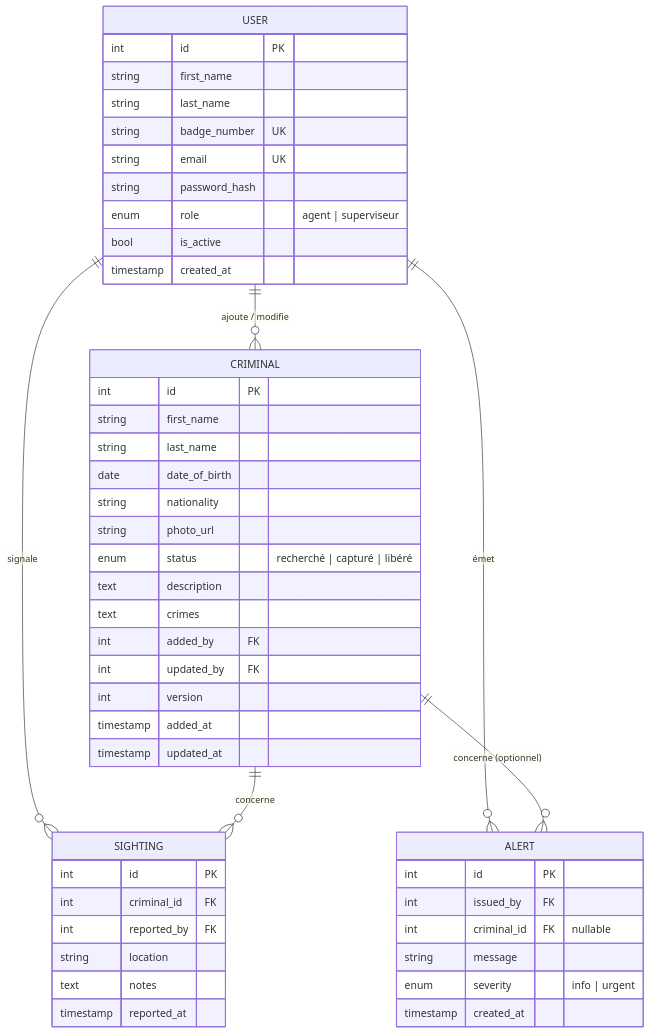
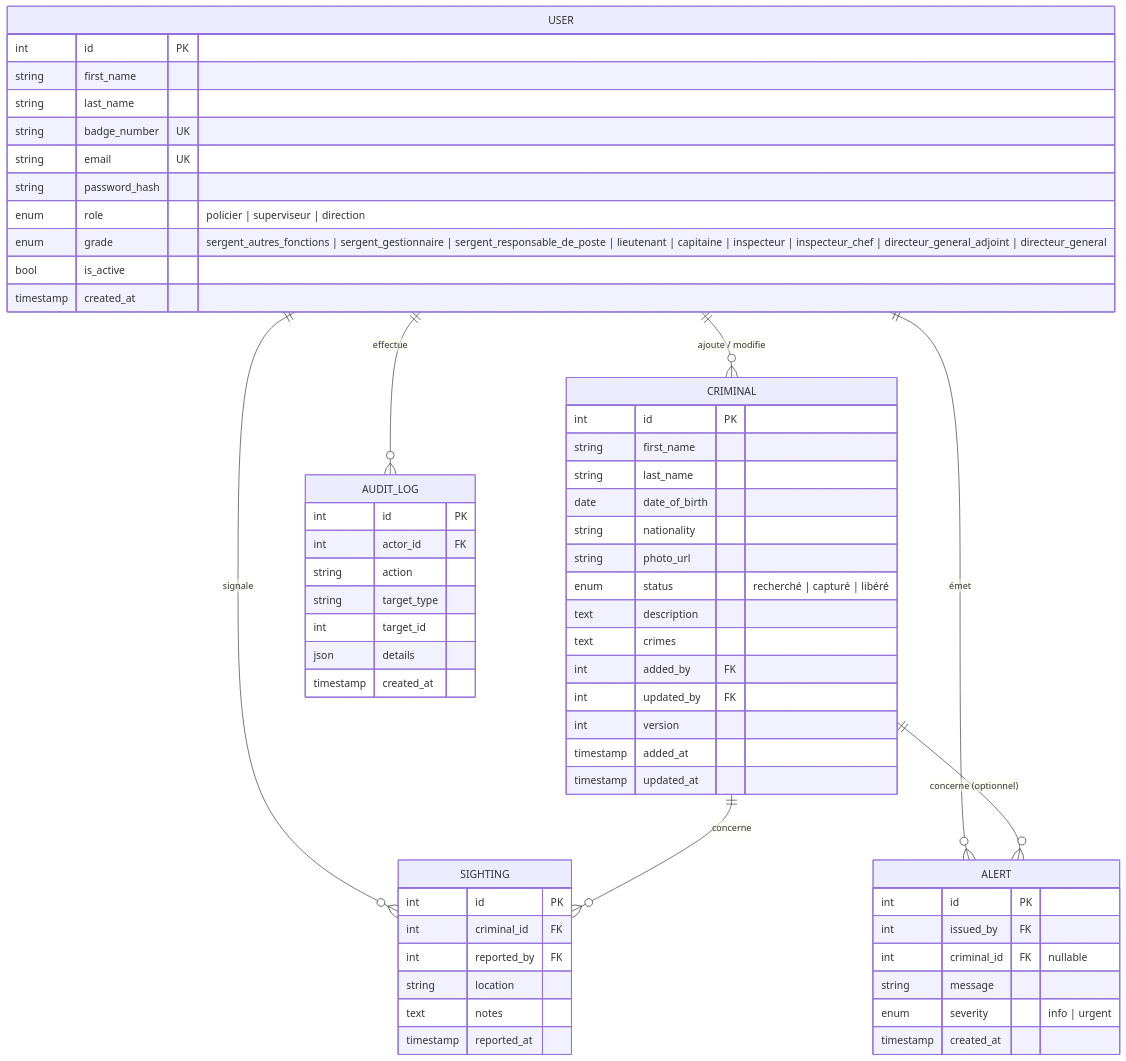
Before and after one commit to dr-arobase/projet-DA_3: the diagram in docs/03-conception.md, drawn with Mermaid. The commit also changed other lines of this file and 3 other files, not shown here.

````diff
--- a/docs/03-conception.md
+++ b/docs/03-conception.md
@@ -9,52 +8,63 @@
 ```mermaid
 erDiagram
     USER {
         int id PK
         string first_name
         string last_name
         string badge_number UK
         string email UK
         string password_hash
-        enum role "agent | superviseur"
+        enum role "policier | superviseur | direction"
+        enum grade "sergent_autres_fonctions | sergent_gestionnaire | sergent_responsable_de_poste | lieutenant | capitaine | inspecteur | inspecteur_chef | directeur_general_adjoint | directeur_general"
         bool is_active
         timestamp created_at
     }
     CRIMINAL {
         int id PK
         string first_name
         string last_name
         date date_of_birth
         string nationality
         string photo_url
         enum status "recherché | capturé | libéré"
         text description
         text crimes
         int added_by FK
         int updated_by FK
         int version
         timestamp added_at
         timestamp updated_at
     }
     SIGHTING {
         int id PK
         int criminal_id FK
         int reported_by FK
         string location
         text notes
         timestamp reported_at
     }
     ALERT {
         int id PK
         int issued_by FK
         int criminal_id FK "nullable"
         string message
         enum severity "info | urgent"
         timestamp created_at
     }
+    AUDIT_LOG {
+        int id PK
+        int actor_id FK
+        string action
+        string target_type
+        int target_id
+        json details
+        timestamp created_at
+    }
 
     USER ||--o{ CRIMINAL : "ajoute / modifie"
     USER ||--o{ SIGHTING : "signale"
     USER ||--o{ ALERT : "émet"
+    USER ||--o{ AUDIT_LOG : "effectue"
     CRIMINAL ||--o{ SIGHTING : "concerne"
     CRIMINAL ||--o{ ALERT : "concerne (optionnel)"
 ```
````
